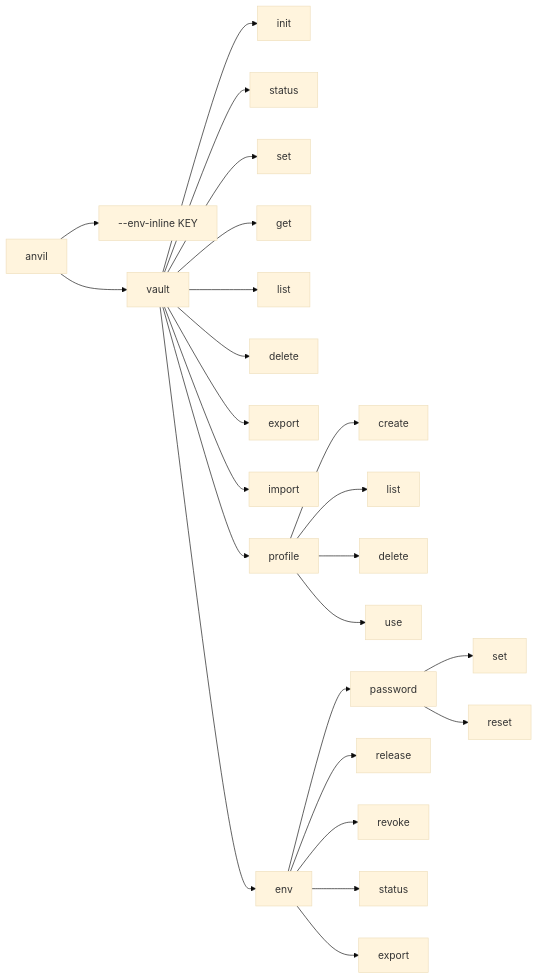
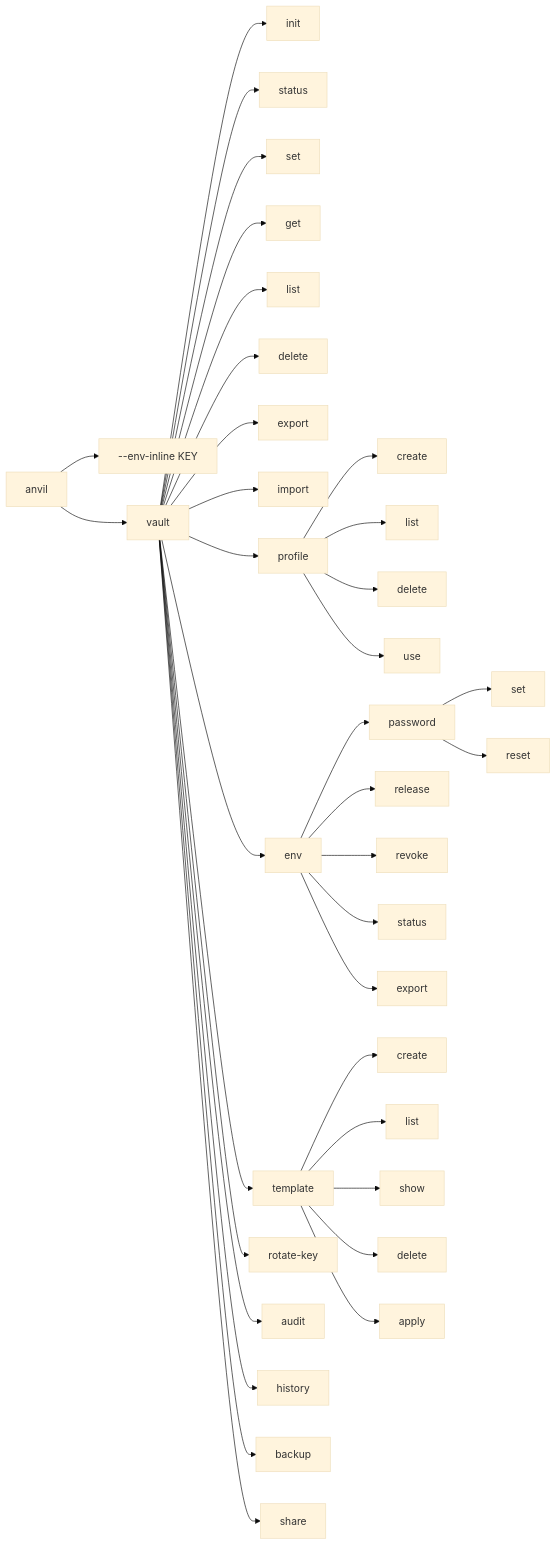
The second of 15 diagrams in docs/ARCHITECTURE.md (inovacc/anvil), drawn with Mermaid (base theme) before and after one commit. The commit also changed other lines of this file and 16 other files, not shown here.

````diff
--- a/docs/ARCHITECTURE.md
+++ b/docs/ARCHITECTURE.md
@@ -59,32 +59,45 @@
 ```mermaid
 graph LR
     root["anvil"]
 
     root --> envInline["--env-inline KEY"]
     root --> vault["vault"]
 
     vault --> init["init"]
     vault --> status["status"]
     vault --> set["set"]
     vault --> get["get"]
     vault --> list["list"]
     vault --> delete["delete"]
     vault --> export["export"]
     vault --> import_["import"]
     vault --> prof["profile"]
     vault --> env["env"]
 
     prof --> pcreate["create"]
     prof --> plist["list"]
     prof --> pdelete["delete"]
     prof --> puse["use"]
 
+    vault --> tmpl["template"]
+    vault --> rotate["rotate-key"]
+    vault --> audit["audit"]
+    vault --> history["history"]
+    vault --> backup["backup"]
+    vault --> share["share"]
+
     env --> password["password"]
     env --> release["release"]
     env --> revoke["revoke"]
     env --> estatus["status"]
     env --> eexport["export"]
 
     password --> pwset["set"]
     password --> pwreset["reset"]
+
+    tmpl --> tcreate["create"]
+    tmpl --> tlist["list"]
+    tmpl --> tshow["show"]
+    tmpl --> tdelete["delete"]
+    tmpl --> tapply["apply"]
 ```
````
